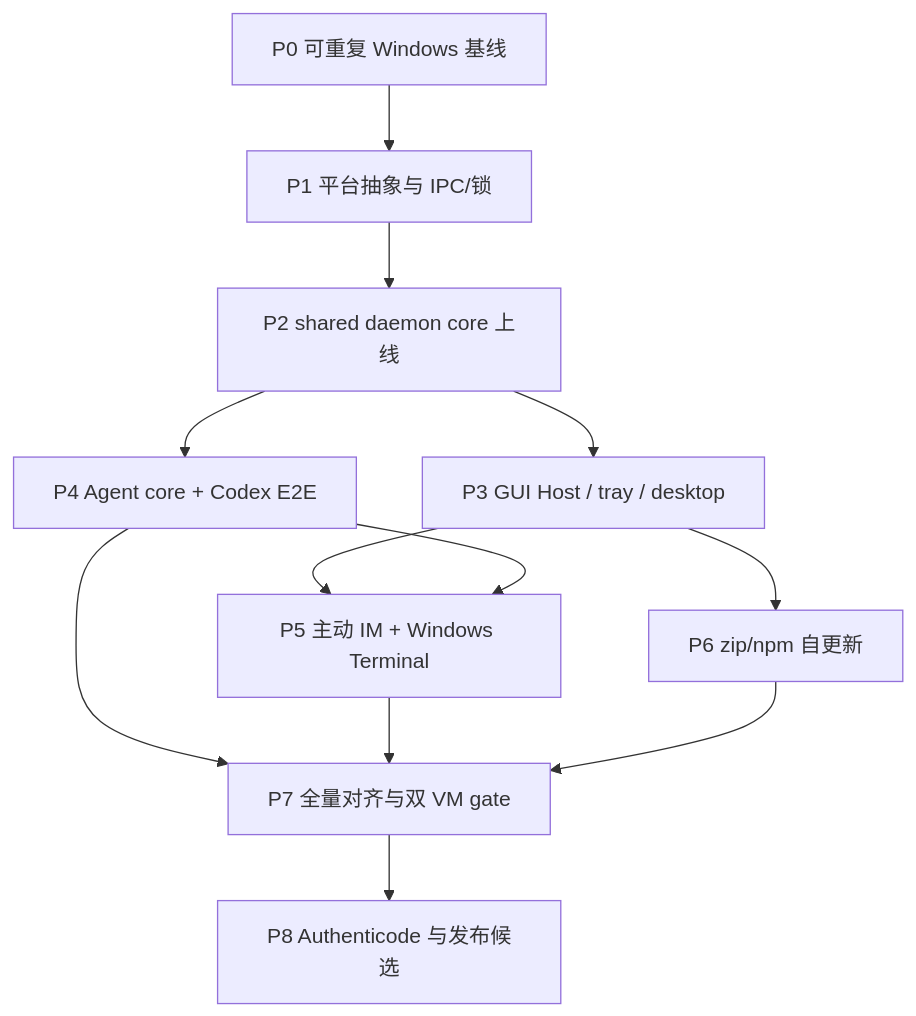
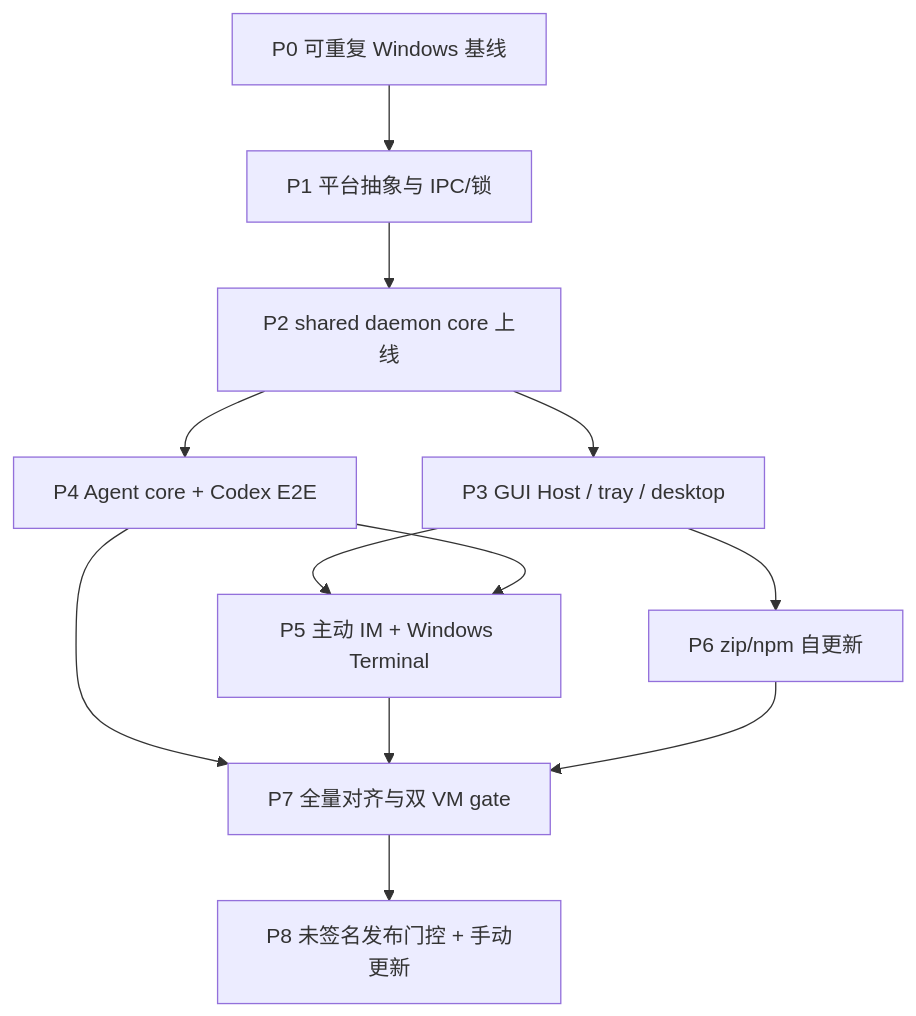
The diagram in docs/plans/windows-platform-parity.md (Naituw/HumanInLoop), drawn with Mermaid before and after one commit. The commit also changed other lines of this file and 5 other files, not shown here.

````diff
--- a/docs/plans/windows-platform-parity.md
+++ b/docs/plans/windows-platform-parity.md
@@ -20,14 +20,14 @@
 ```mermaid
 flowchart TD
   P0["P0 可重复 Windows 基线"] --> P1["P1 平台抽象与 IPC/锁"]
   P1 --> P2["P2 shared daemon core 上线"]
   P2 --> P3["P3 GUI Host / tray / desktop"]
   P2 --> P4["P4 Agent core + Codex E2E"]
   P3 --> P5["P5 主动 IM + Windows Terminal"]
   P4 --> P5
   P3 --> P6["P6 zip/npm 自更新"]
   P4 --> P7["P7 全量对齐与双 VM gate"]
   P5 --> P7
   P6 --> P7
-  P7 --> P8["P8 Authenticode 与发布候选"]
+  P7 --> P8["P8 未签名发布门控 + 手动更新"]
 ```
````
